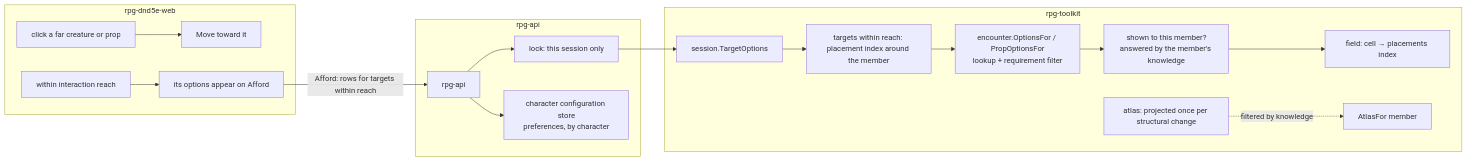
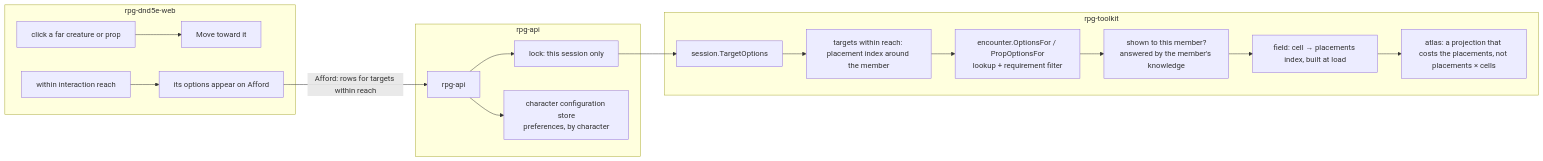
The diagram in ideas/server-at-scale/design.md (KirkDiggler/rpg-project), drawn with Mermaid before and after one commit. The commit also changed other lines of this file and 2 other files, not shown here.

First line of the commit message:
design(server-at-scale): review round — known cells stay in the journal (runs), shown = known under the concealment mask, no atlas cache, lock after the preference moves, Move budget (V12)

````diff
--- a/ideas/server-at-scale/design.md
+++ b/ideas/server-at-scale/design.md
@@ -10,20 +10,20 @@
 ```mermaid
 flowchart LR
     subgraph web [rpg-dnd5e-web]
         Click[click a far creature or prop] --> Approach[Move toward it]
         Near[within interaction reach] --> Menu[its options appear on Afford]
     end
     Menu -->|Afford: rows for targets within reach| api[rpg-api]
     subgraph api_ [rpg-api]
         api --> Lock[lock: this session only]
         api --> Prefs[character configuration store<br/>preferences, by character]
     end
     Lock --> Session[session.TargetOptions]
     subgraph toolkit [rpg-toolkit]
         Session --> Near2[targets within reach: placement index around the member]
         Near2 --> Options[encounter.OptionsFor / PropOptionsFor<br/>lookup + requirement filter]
         Options --> Shown[shown to this member?<br/>answered by the member's knowledge]
-        Shown --> Index[field: cell → placements index]
-        Atlas[atlas: projected once per structural change] -.filtered by knowledge.-> AtlasFor[AtlasFor member]
+        Shown --> Index[field: cell → placements index, built at load]
+        Index --> Atlas[atlas: a projection that costs the placements, not placements × cells]
     end
 ```
````
